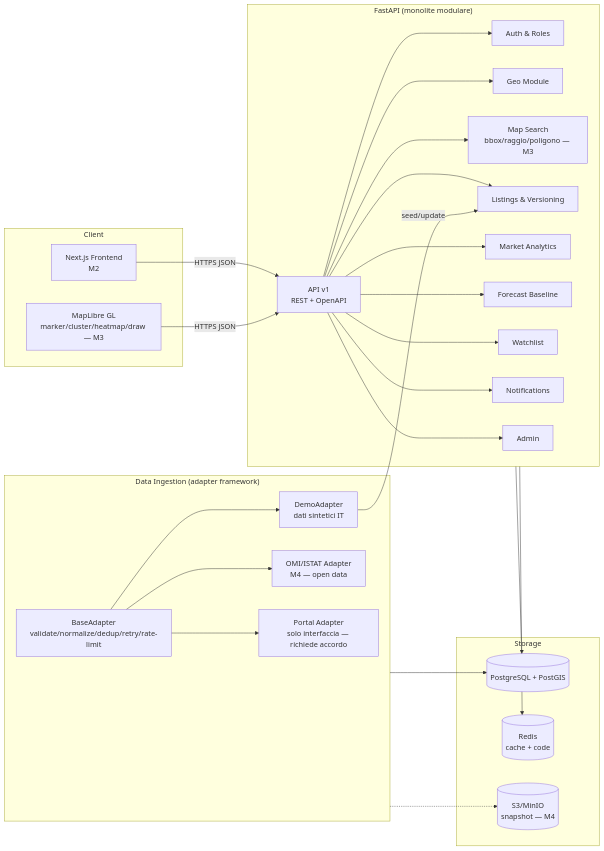
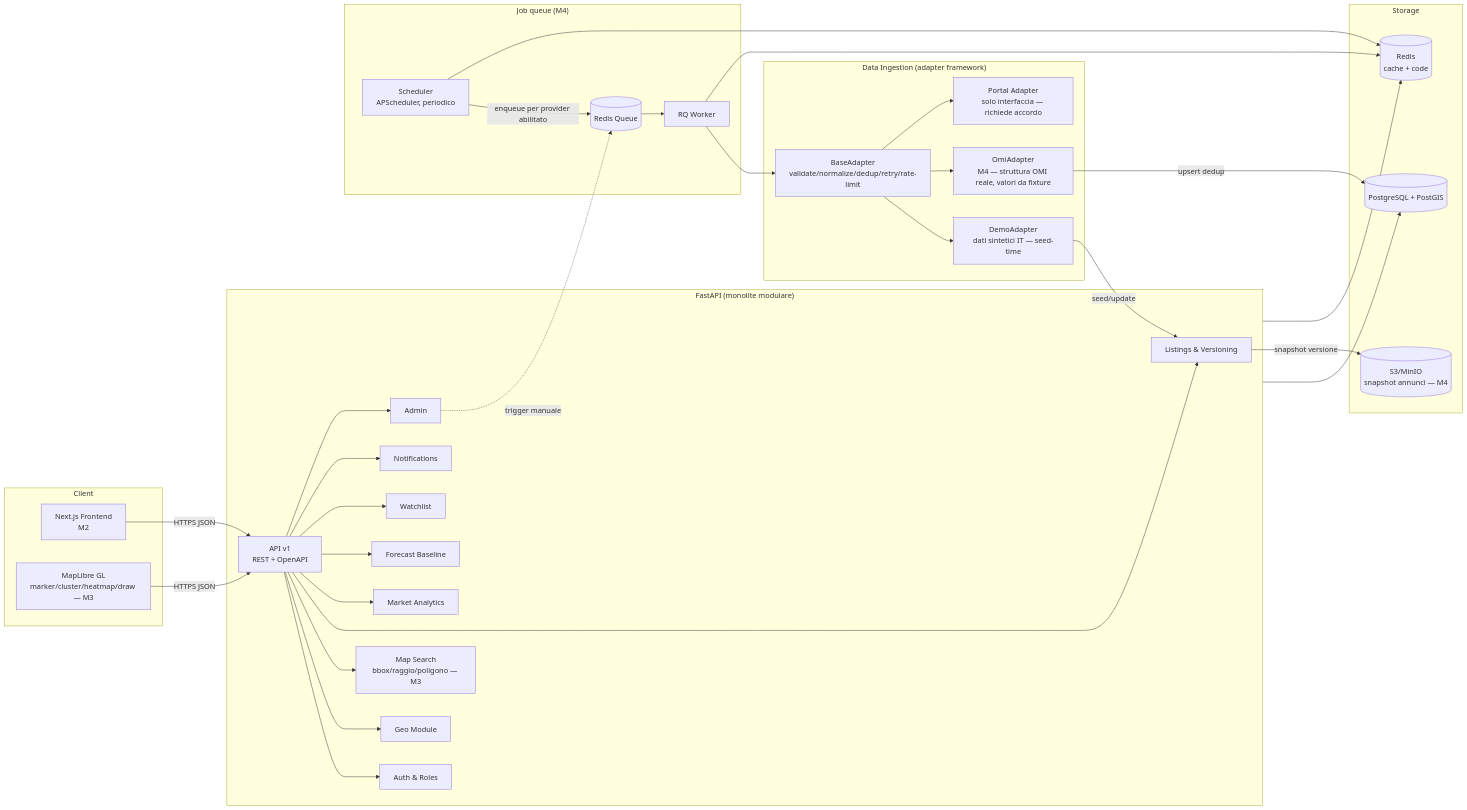
Before and after one commit to danialbiz000/projectV1: the first of 2 diagrams in remip/docs/ARCHITECTURE.md, drawn with Mermaid. The commit also changed other lines of this file and 39 other files, not shown here.

````diff
--- a/remip/docs/ARCHITECTURE.md
+++ b/remip/docs/ARCHITECTURE.md
@@ -7,39 +7,50 @@
 ```mermaid
 flowchart LR
     subgraph Client
         FE[Next.js Frontend<br/>M2]
         MAP[MapLibre GL<br/>marker/cluster/heatmap/draw — M3]
     end
     subgraph Backend["FastAPI (monolite modulare)"]
         API[API v1<br/>REST + OpenAPI]
         AUTH[Auth & Roles]
         GEO[Geo Module]
         MAPI[Map Search<br/>bbox/raggio/poligono — M3]
         LST[Listings & Versioning]
         MKT[Market Analytics]
         FC[Forecast Baseline]
         WL[Watchlist]
         NTF[Notifications]
         ADM[Admin]
     end
     subgraph Ingestion["Data Ingestion (adapter framework)"]
         BASE[BaseAdapter<br/>validate/normalize/dedup/retry/rate-limit]
-        DEMO[DemoAdapter<br/>dati sintetici IT]
-        OMI[OMI/ISTAT Adapter<br/>M4 — open data]
+        DEMO[DemoAdapter<br/>dati sintetici IT — seed-time]
+        OMI[OmiAdapter<br/>M4 — struttura OMI reale, valori da fixture]
         PORTAL[Portal Adapter<br/>solo interfaccia — richiede accordo]
+    end
+    subgraph Async["Job queue (M4)"]
+        SCHED[Scheduler<br/>APScheduler, periodico]
+        QUEUE[(Redis Queue)]
+        WORKER[RQ Worker]
     end
     subgraph Storage
         PG[(PostgreSQL + PostGIS)]
         RD[(Redis<br/>cache + code)]
-        S3[(S3/MinIO<br/>snapshot — M4)]
+        S3[(S3/MinIO<br/>snapshot annunci — M4)]
     end
     FE -->|HTTPS JSON| API
     MAP -->|HTTPS JSON| API
     API --> AUTH & GEO & MAPI & LST & MKT & FC & WL & NTF & ADM
+    ADM -.->|trigger manuale| QUEUE
+    SCHED -->|enqueue per provider abilitato| QUEUE
+    QUEUE --> WORKER
+    WORKER --> BASE
     BASE --> DEMO & OMI & PORTAL
     DEMO -->|seed/update| LST
+    OMI -->|upsert dedup| PG
+    LST -->|snapshot versione| S3
     Backend --> PG
     Backend --> RD
-    Ingestion --> PG
-    Ingestion -.-> S3
+    SCHED --> RD
+    WORKER --> RD
 ```
````
